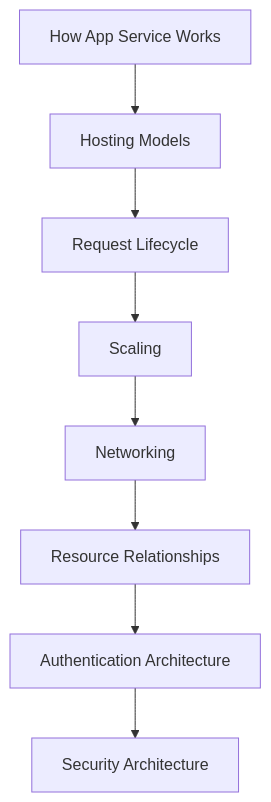
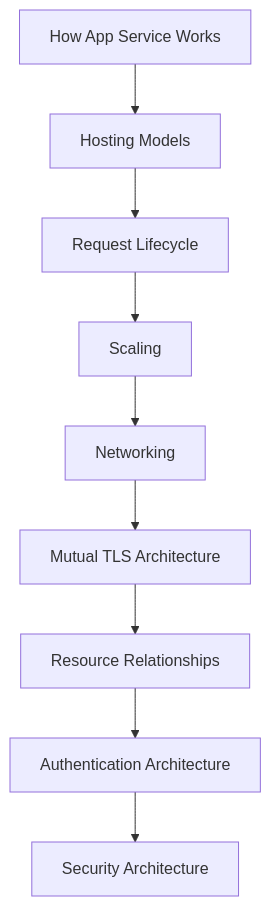
Before and after one commit to yeongseon/azure-app-service-practical-guide: the diagram in docs/platform/index.md, drawn with Mermaid. The commit also changed other lines of this file and 18 other files, not shown here.

````diff
--- a/docs/platform/index.md
+++ b/docs/platform/index.md
@@ -31,10 +32,11 @@
 ```mermaid
 graph TD
     A[How App Service Works] --> B[Hosting Models]
     B --> C[Request Lifecycle]
     C --> D[Scaling]
     D --> E[Networking]
-    E --> F[Resource Relationships]
-    F --> G[Authentication Architecture]
-    G --> H[Security Architecture]
+    E --> F[Mutual TLS Architecture]
+    F --> G[Resource Relationships]
+    G --> H[Authentication Architecture]
+    H --> I[Security Architecture]
 ```
````
